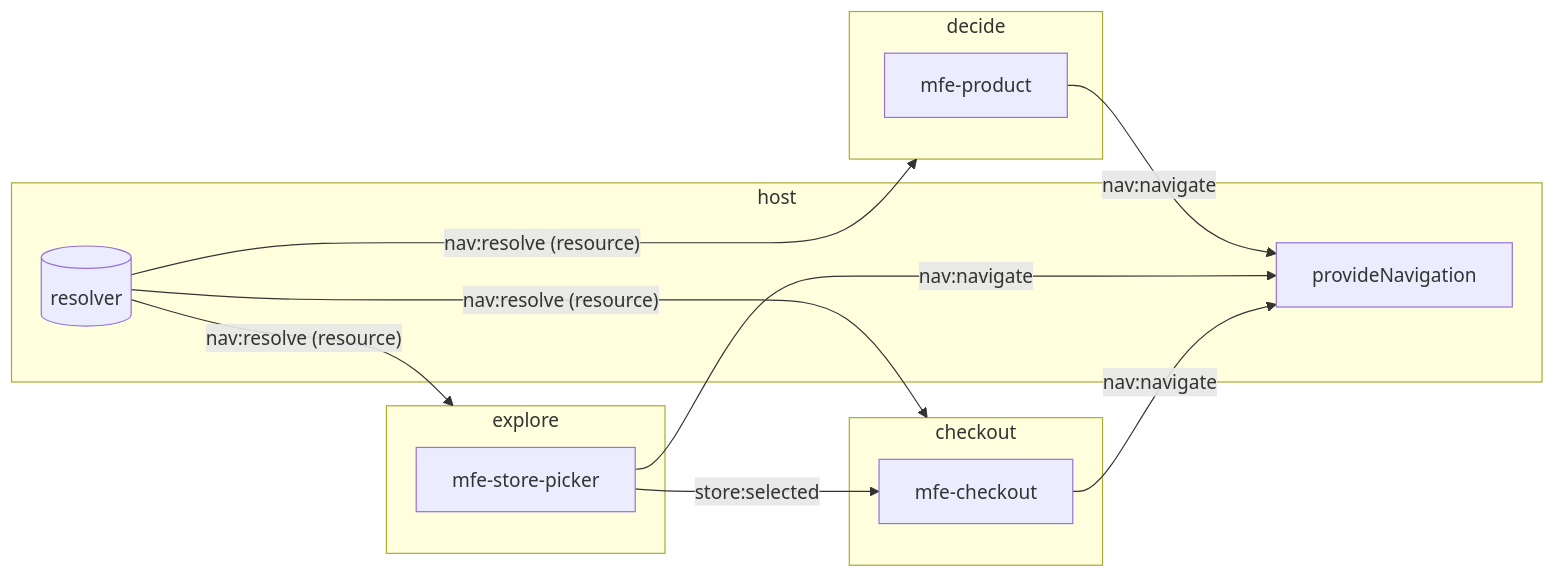
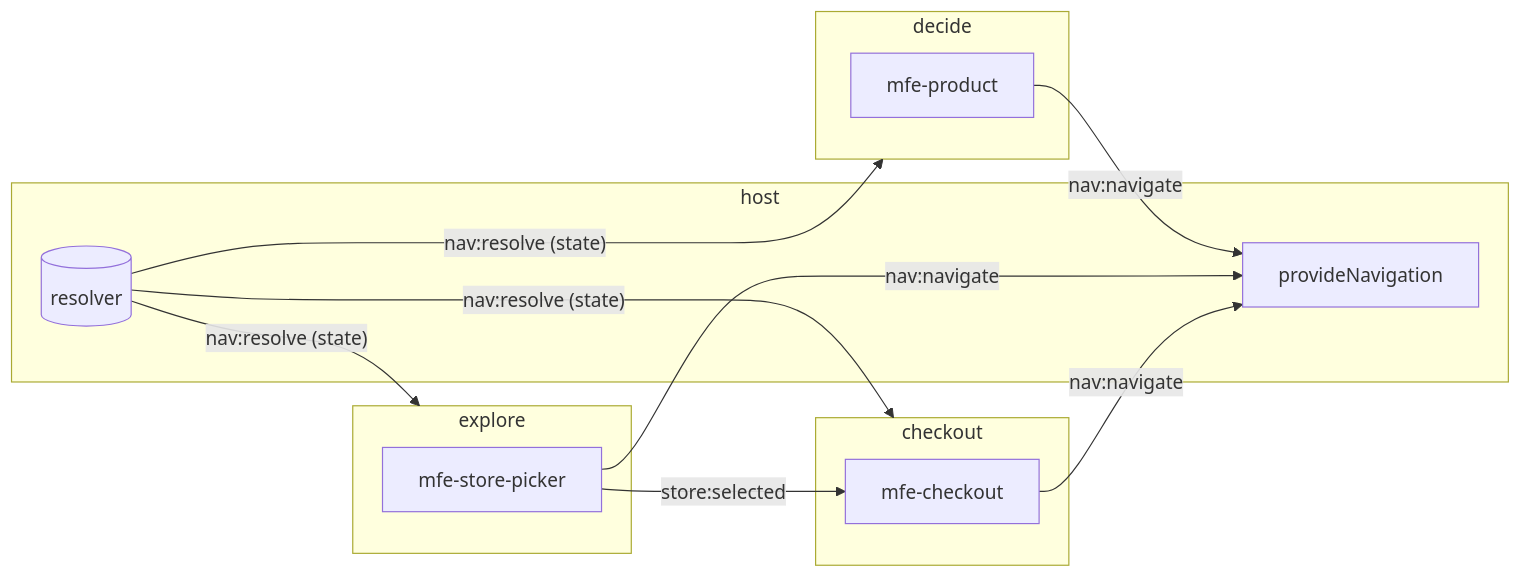
One commit to native-federation/playground changed the third of 4 diagrams in angular/tractor-store/docs/architecture.md. Above: the diagram before and after it, drawn with Mermaid. The commit also changed other lines of this file and 124 other files, not shown here.

````diff
--- a/angular/tractor-store/docs/architecture.md
+++ b/angular/tractor-store/docs/architecture.md
@@ -294,24 +304,24 @@
 ```mermaid
 flowchart LR
     subgraph Host["host"]
         SN[provideNavigation]
         NR[(resolver)]
     end
     subgraph Explore["explore"]
         SP[mfe-store-picker]
     end
     subgraph Decide["decide"]
         PD[mfe-product]
     end
     subgraph Checkout["checkout"]
         CO[mfe-checkout]
     end
 
     PD -- "nav:navigate" --> SN
     SP -- "nav:navigate" --> SN
     CO -- "nav:navigate" --> SN
-    NR -- "nav:resolve (resource)" --> Explore
-    NR -- "nav:resolve (resource)" --> Decide
-    NR -- "nav:resolve (resource)" --> Checkout
+    NR -- "nav:resolve (state)" --> Explore
+    NR -- "nav:resolve (state)" --> Decide
+    NR -- "nav:resolve (state)" --> Checkout
     SP -- "store:selected" --> CO
 ```
````
